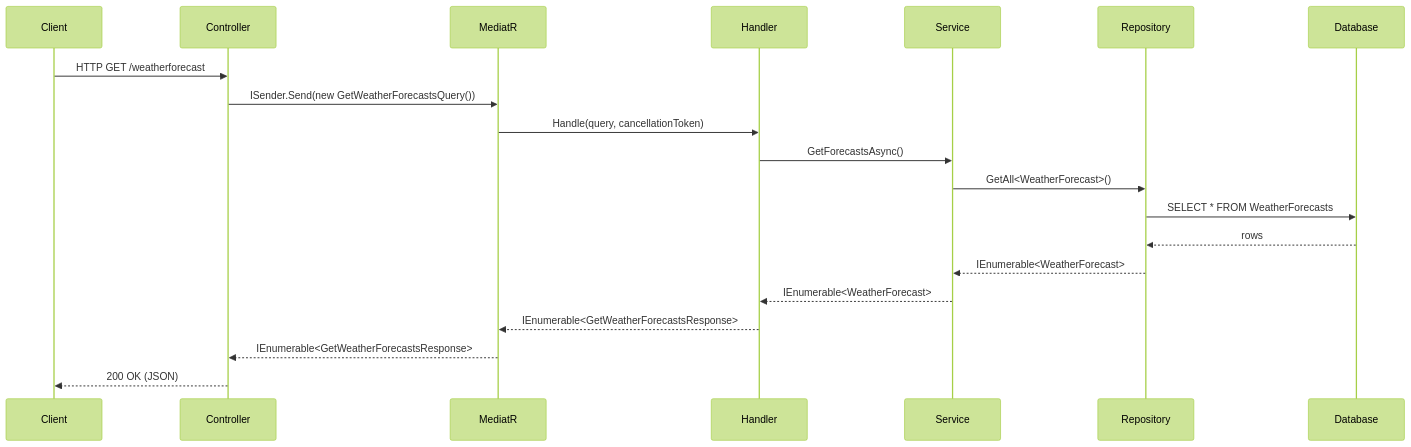
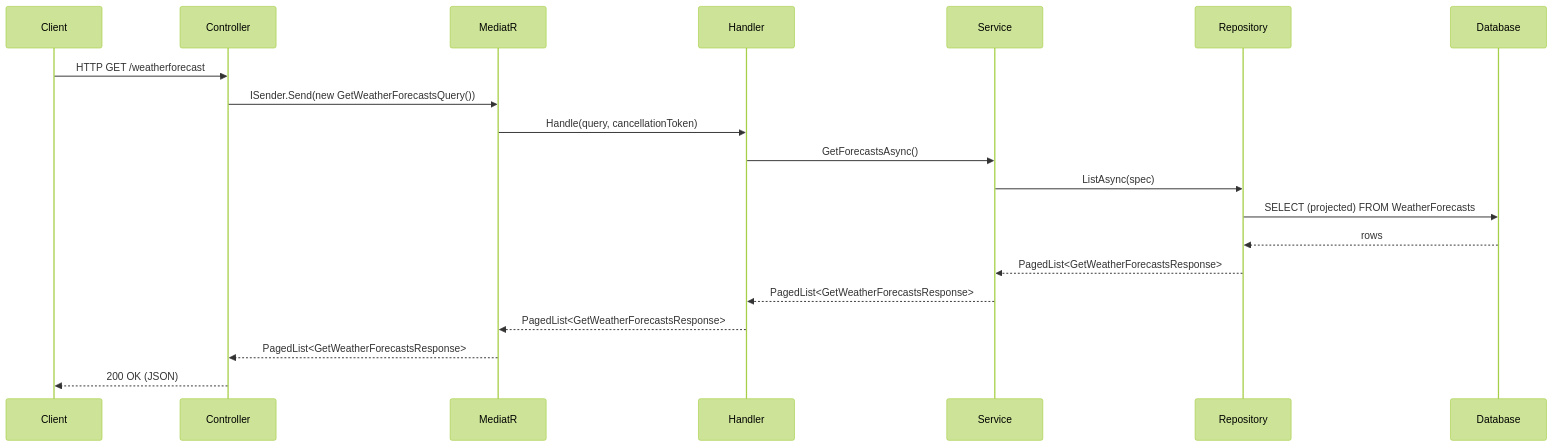
The third of 4 diagrams in README.md (ovation22/Api.Project.Template), drawn with Mermaid (forest theme) before and after one commit. The commit also changed 3 other files, not shown here.

````diff
--- a/README.md
+++ b/README.md
@@ -257,23 +257,23 @@
 ```mermaid
 sequenceDiagram
     participant Client
     participant Controller
     participant MediatR
     participant Handler
     participant Service
     participant Repository
     participant Database
 
     Client->>Controller: HTTP GET /weatherforecast
     Controller->>MediatR: ISender.Send(new GetWeatherForecastsQuery())
     MediatR->>Handler: Handle(query, cancellationToken)
     Handler->>Service: GetForecastsAsync()
-    Service->>Repository: GetAll<WeatherForecast>()
-    Repository->>Database: SELECT * FROM WeatherForecasts
+    Service->>Repository: ListAsync(spec)
+    Repository->>Database: SELECT (projected) FROM WeatherForecasts
     Database-->>Repository: rows
-    Repository-->>Service: IEnumerable<WeatherForecast>
-    Service-->>Handler: IEnumerable<WeatherForecast>
-    Handler-->>MediatR: IEnumerable<GetWeatherForecastsResponse>
-    MediatR-->>Controller: IEnumerable<GetWeatherForecastsResponse>
+    Repository-->>Service: PagedList<GetWeatherForecastsResponse>
+    Service-->>Handler: PagedList<GetWeatherForecastsResponse>
+    Handler-->>MediatR: PagedList<GetWeatherForecastsResponse>
+    MediatR-->>Controller: PagedList<GetWeatherForecastsResponse>
     Controller-->>Client: 200 OK (JSON)
 ```
````
